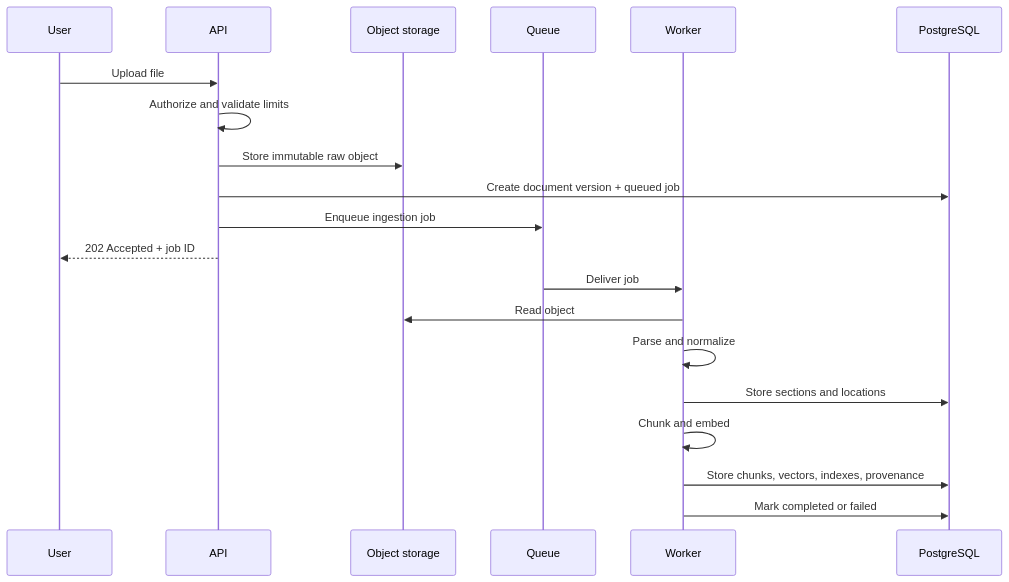
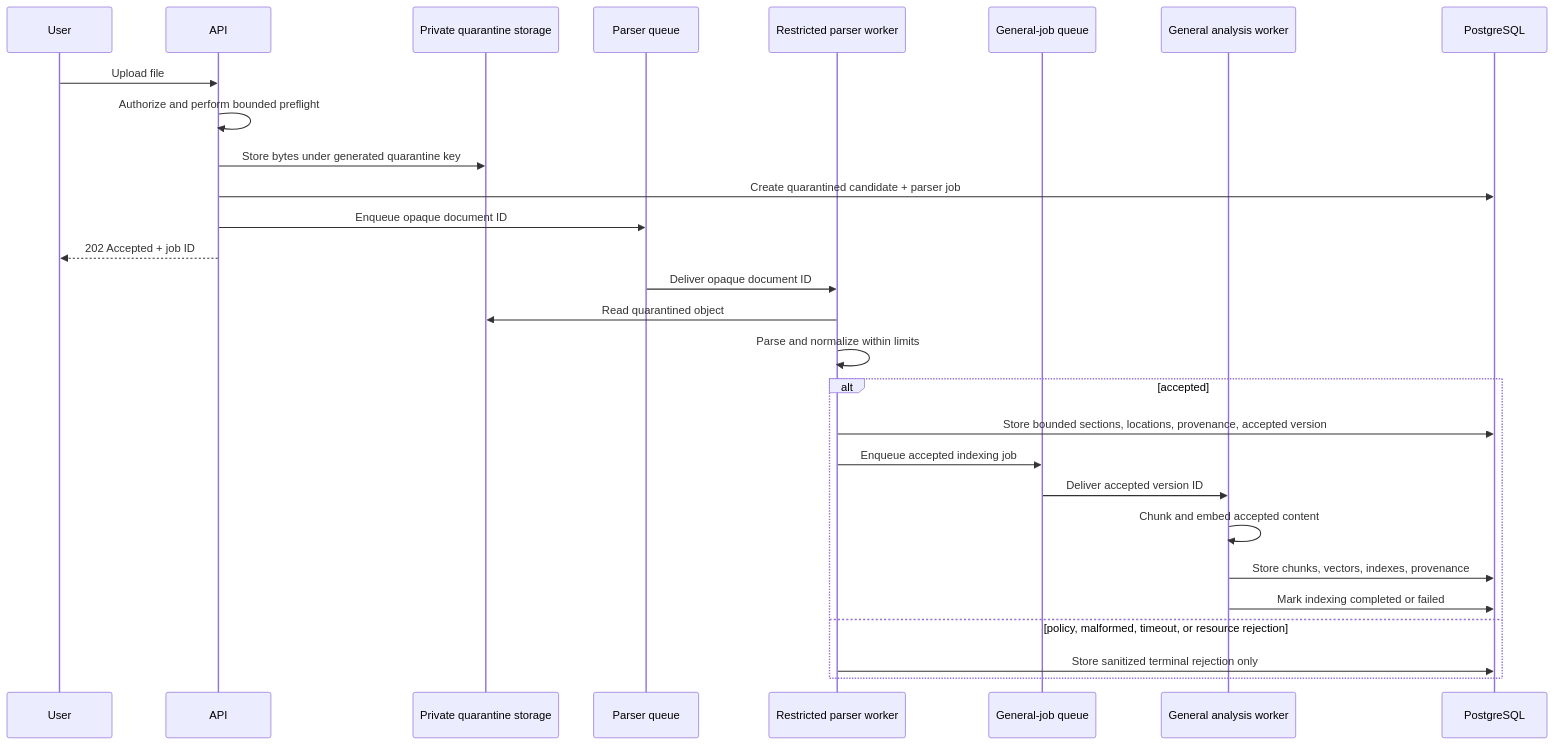
The third of 5 diagrams in docs/ARCHITECTURE.md (AdderlyMH/ai-qa-copilot), drawn with Mermaid before and after one commit. The commit also changed other lines of this file and 1 other file, not shown here.

````diff
--- a/docs/ARCHITECTURE.md
+++ b/docs/ARCHITECTURE.md
@@ -234,23 +283,31 @@
 ```mermaid
 sequenceDiagram
     participant U as User
     participant A as API
-    participant S as Object storage
-    participant Q as Queue
-    participant W as Worker
+    participant S as Private quarantine storage
+    participant PQ as Parser queue
+    participant P as Restricted parser worker
+    participant GQ as General-job queue
+    participant G as General analysis worker
     participant D as PostgreSQL
 
     U->>A: Upload file
-    A->>A: Authorize and validate limits
-    A->>S: Store immutable raw object
-    A->>D: Create document version + queued job
-    A->>Q: Enqueue ingestion job
+    A->>A: Authorize and perform bounded preflight
+    A->>S: Store bytes under generated quarantine key
+    A->>D: Create quarantined candidate + parser job
+    A->>PQ: Enqueue opaque document ID
     A-->>U: 202 Accepted + job ID
-    Q->>W: Deliver job
-    W->>S: Read object
-    W->>W: Parse and normalize
-    W->>D: Store sections and locations
-    W->>W: Chunk and embed
-    W->>D: Store chunks, vectors, indexes, provenance
-    W->>D: Mark completed or failed
+    PQ->>P: Deliver opaque document ID
+    P->>S: Read quarantined object
+    P->>P: Parse and normalize within limits
+    alt accepted
+        P->>D: Store bounded sections, locations, provenance, accepted version
+        P->>GQ: Enqueue accepted indexing job
+        GQ->>G: Deliver accepted version ID
+        G->>G: Chunk and embed accepted content
+        G->>D: Store chunks, vectors, indexes, provenance
+        G->>D: Mark indexing completed or failed
+    else policy, malformed, timeout, or resource rejection
+        P->>D: Store sanitized terminal rejection only
+    end
 ```
````
